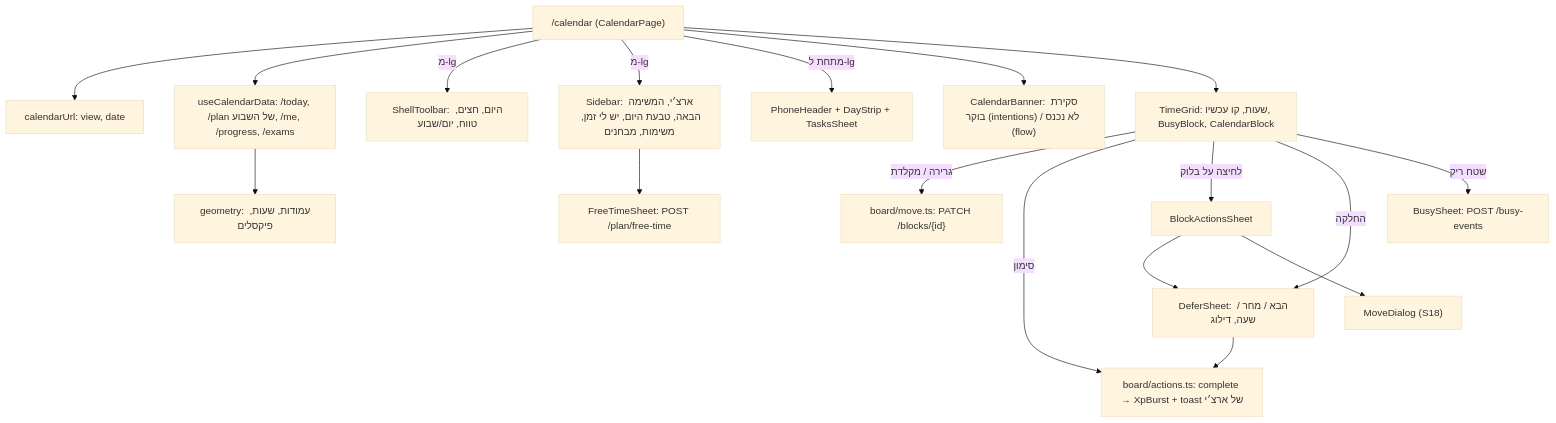
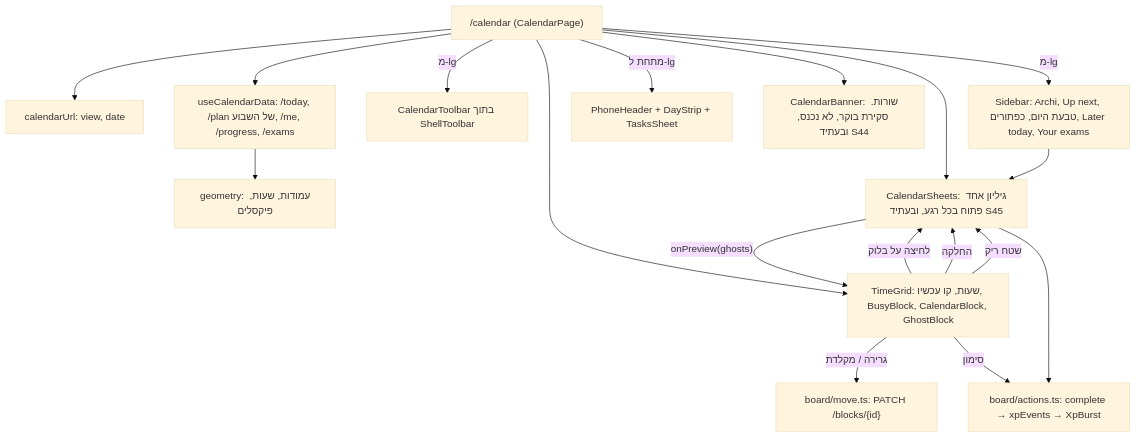
One commit to Eyal-Atar/study changed the diagram in docs/superpowers/plans/2026-11-18-s32-calendar.md. Above: the diagram before and after it, drawn with Mermaid (base theme). The commit also changed other lines of this file, not shown here.

Commit message:
docs(plan): S32 מעודכן לממשק באנגלית ולמסמך הביקורת

````diff
--- a/docs/superpowers/plans/2026-11-18-s32-calendar.md
+++ b/docs/superpowers/plans/2026-11-18-s32-calendar.md
@@ -17,20 +45,20 @@
 ```mermaid
 flowchart TB
   route["/calendar (CalendarPage)"] --> url["calendarUrl: view, date"]
   route --> data["useCalendarData: /today, /plan של השבוע, /me, /progress, /exams"]
   data --> geo["geometry: עמודות, שעות, פיקסלים"]
-  route -->|"מ-lg"| desk["ShellToolbar: היום, חצים, טווח, יום/שבוע"]
-  route -->|"מ-lg"| side["Sidebar: ארצ׳י, המשימה הבאה, טבעת היום, יש לי זמן, משימות, מבחנים"]
+  route -->|"מ-lg"| desk["CalendarToolbar בתוך ShellToolbar"]
+  route -->|"מ-lg"| side["Sidebar: Archi, Up next, טבעת היום, כפתורים, Later today, Your exams"]
   route -->|"מתחת ל-lg"| phone["PhoneHeader + DayStrip + TasksSheet"]
-  route --> banner["CalendarBanner: סקירת בוקר (intentions) / לא נכנס (flow)"]
-  route --> grid["TimeGrid: שעות, קו עכשיו, BusyBlock, CalendarBlock"]
+  route --> banner["CalendarBanner: שורות. סקירת בוקר, לא נכנס, ובעתיד S44"]
+  route --> grid["TimeGrid: שעות, קו עכשיו, BusyBlock, CalendarBlock, GhostBlock"]
+  route --> host["CalendarSheets: גיליון אחד פתוח בכל רגע, ובעתיד S45"]
   grid -->|"גרירה / מקלדת"| move["board/move.ts: PATCH /blocks/{id}"]
-  grid -->|"סימון"| actions["board/actions.ts: complete → XpBurst + toast של ארצ׳י"]
-  grid -->|"לחיצה על בלוק"| sheet["BlockActionsSheet"]
-  grid -->|"החלקה"| defer["DeferSheet: הבא / מחר / שעה, דילוג"]
-  grid -->|"שטח ריק"| busy["BusySheet: POST /busy-events"]
-  side --> free["FreeTimeSheet: POST /plan/free-time"]
-  defer --> actions
-  sheet --> defer
-  sheet --> moveDlg["MoveDialog (S18)"]
+  grid -->|"סימון"| actions["board/actions.ts: complete → xpEvents → XpBurst"]
+  grid -->|"לחיצה על בלוק"| host
+  grid -->|"החלקה"| host
+  grid -->|"שטח ריק"| host
+  side --> host
+  host -->|"onPreview(ghosts)"| grid
+  host --> actions
 ```
````
